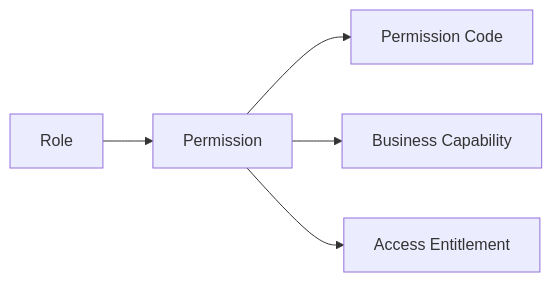
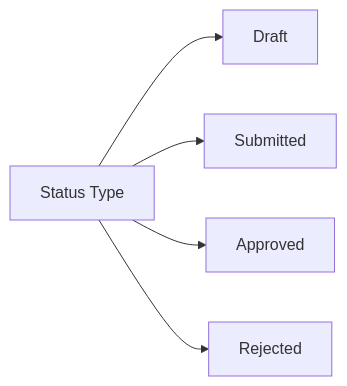
One commit to wrtnlabs/autobe-examples changed the tenth of 19 diagrams in openai/gpt-5.4-mini/erp/docs/analysis/02-domain-model.md. Above: the diagram before and after it, drawn with Mermaid. The commit also changed other lines of this file and 9017 other files, not shown here.

````diff
--- a/openai/gpt-5.4-mini/erp/docs/analysis/02-domain-model.md
+++ b/openai/gpt-5.4-mini/erp/docs/analysis/02-domain-model.md
@@ -216,7 +630,7 @@
 ```mermaid
 flowchart LR
-    A["Permission"] --> B["Permission Code"]
-    A --> C["Business Capability"]
-    A --> D["Access Entitlement"]
-    E["Role"] --> A
+    A["Status Type"] --> B["Draft"]
+    A --> C["Submitted"]
+    A --> D["Approved"]
+    A --> E["Rejected"]
 ```
````
